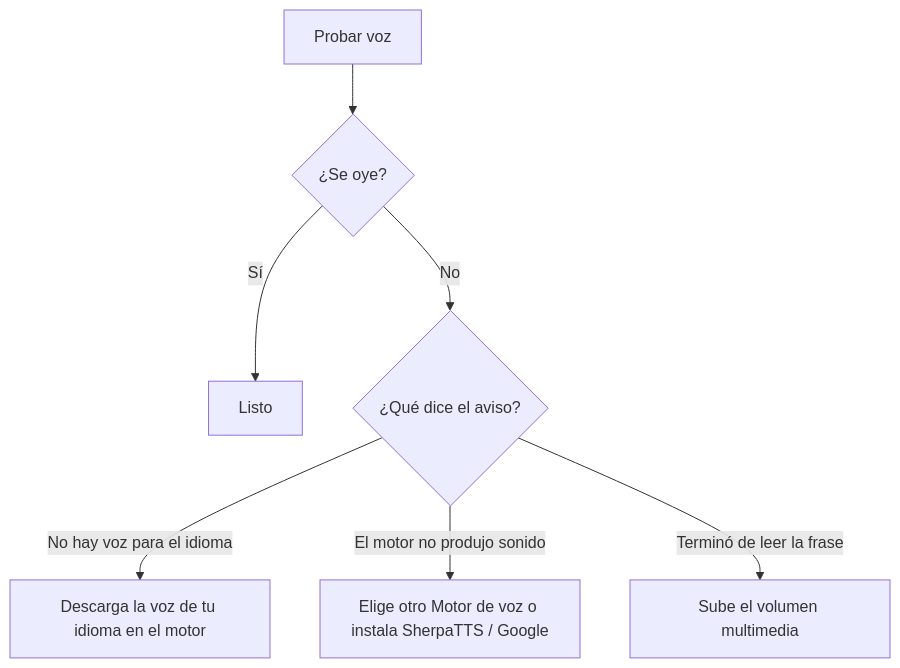
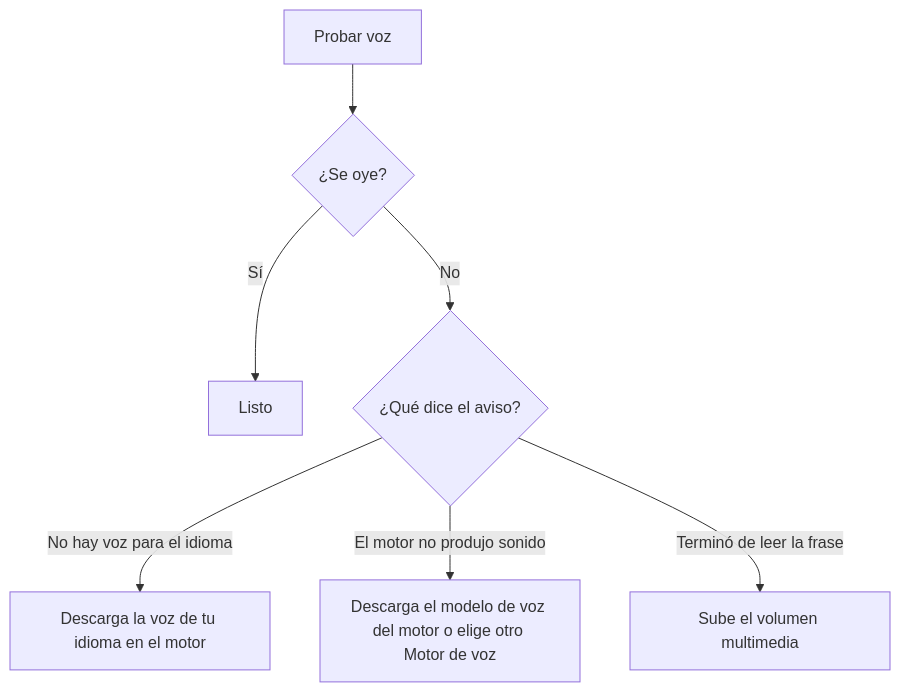
The diagram in 20 Lectura cómoda y accesibilidad.md (Anton-Bazh/MARC-DOC), drawn with Mermaid before and after one commit. The commit also changed other lines of this file, not shown here.

Commit message:
Lectura cómoda: guía de voz en Huawei (motor propio con el modelo de voz descargado, Google o SherpaTTS)

````diff
--- a/20 Lectura cómoda y accesibilidad.md
+++ b/20 Lectura cómoda y accesibilidad.md
@@ -73,9 +74,9 @@
 ```mermaid
 flowchart TD
     A[Probar voz] --> B{¿Se oye?}
     B -->|Sí| L[Listo]
     B -->|No| C{¿Qué dice el aviso?}
     C -->|No hay voz para el idioma| D[Descarga la voz de tu idioma en el motor]
-    C -->|El motor no produjo sonido| E[Elige otro Motor de voz o instala SherpaTTS / Google]
+    C -->|El motor no produjo sonido| E[Descarga el modelo de voz del motor o elige otro Motor de voz]
     C -->|Terminó de leer la frase| F[Sube el volumen multimedia]
 ```
````
